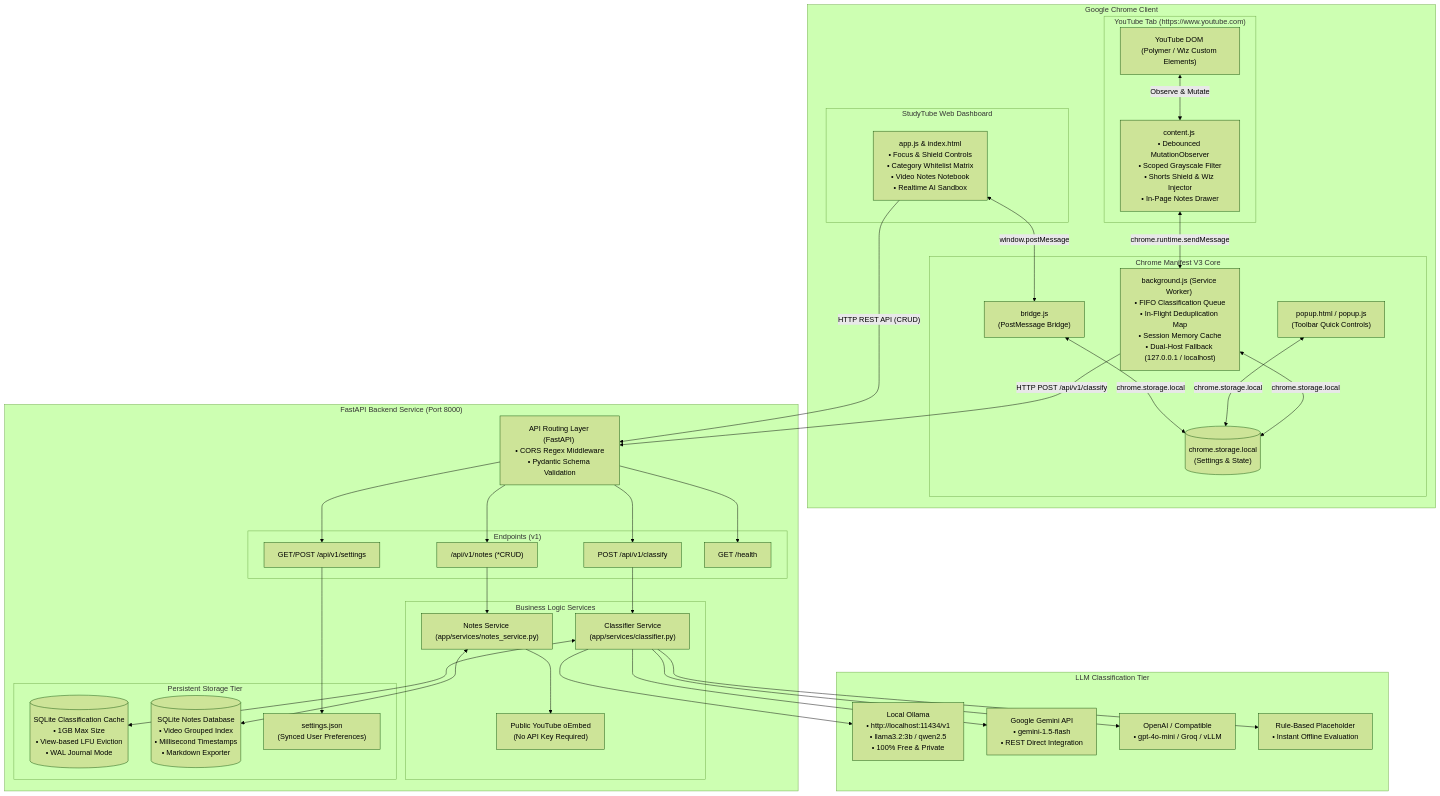
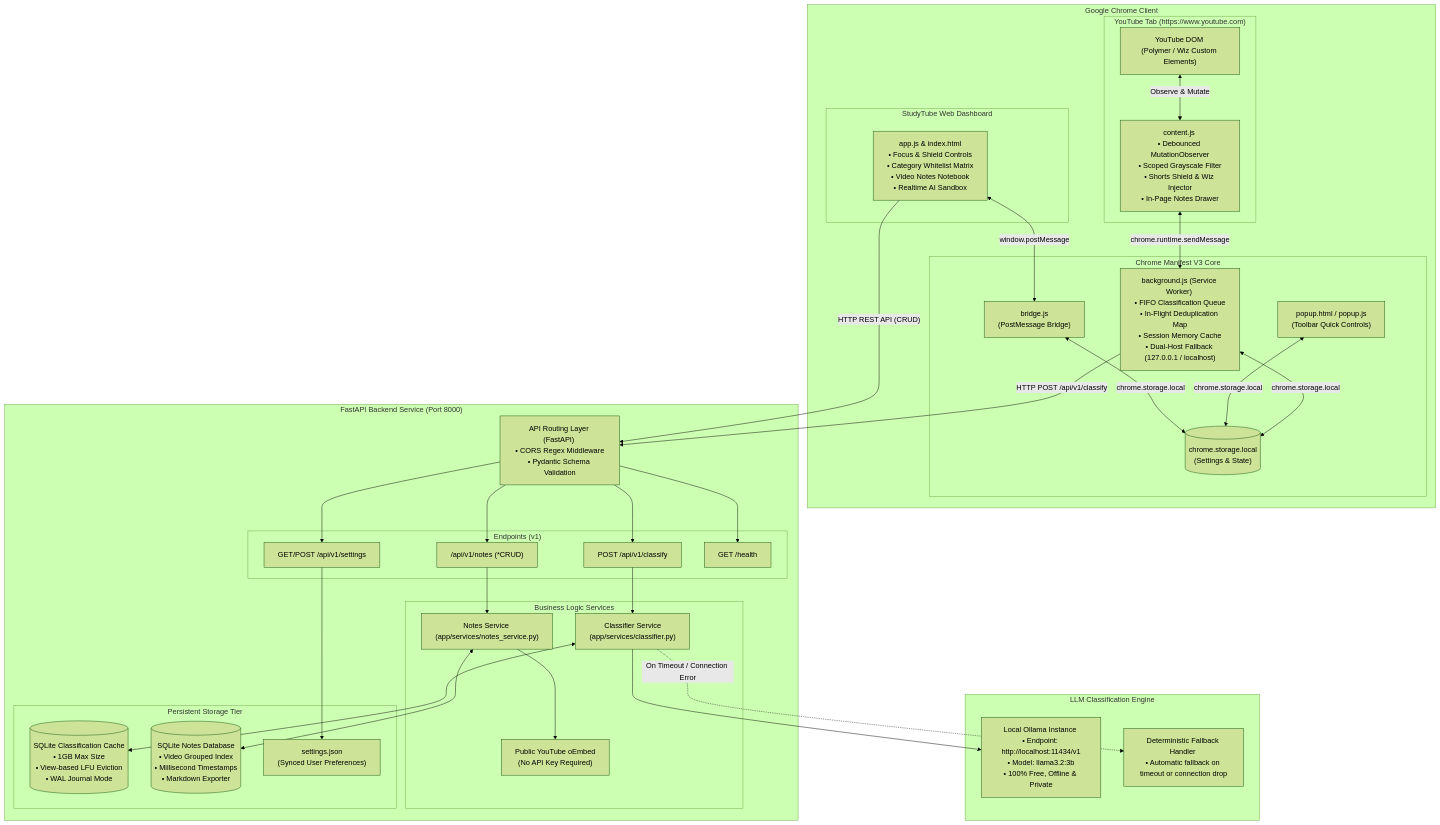
Before and after one commit to Shashwat-Upadhyay/studytube: the first of 5 diagrams in ARCHITECTURE.md, drawn with Mermaid (forest theme). The commit also changed other lines of this file and 1 other file, not shown here.

Commit message:
docs(architecture): document only implemented components and active local Ollama pipeline

````diff
--- a/ARCHITECTURE.md
+++ b/ARCHITECTURE.md
@@ -42,73 +43,69 @@
 ```mermaid
 flowchart TB
     subgraph Browser [" Google Chrome Client "]
         subgraph YT [" YouTube Tab (https://www.youtube.com) "]
             DOM[" YouTube DOM <br/>(Polymer / Wiz Custom Elements) "]
             CS[" content.js <br/>• Debounced MutationObserver<br/>• Scoped Grayscale Filter<br/>• Shorts Shield & Wiz Injector<br/>• In-Page Notes Drawer "]
             DOM <-->|Observe & Mutate| CS
         end
 
         subgraph Dashboard [" StudyTube Web Dashboard "]
             UI[" app.js & index.html <br/>• Focus & Shield Controls<br/>• Category Whitelist Matrix<br/>• Video Notes Notebook<br/>• Realtime AI Sandbox "]
         end
 
         subgraph ExtCore [" Chrome Manifest V3 Core "]
             BR[" bridge.js <br/>(PostMessage Bridge) "]
             SW[" background.js (Service Worker) <br/>• FIFO Classification Queue<br/>• In-Flight Deduplication Map<br/>• Session Memory Cache<br/>• Dual-Host Fallback (127.0.0.1 / localhost) "]
             POP[" popup.html / popup.js <br/>(Toolbar Quick Controls) "]
             STORE[(" chrome.storage.local <br/>(Settings & State) ")]
 
             CS <-->|"chrome.runtime.sendMessage"| SW
             UI <-->|"window.postMessage"| BR
             BR <-->|"chrome.storage.local"| STORE
             POP <-->|"chrome.storage.local"| STORE
             SW <-->|"chrome.storage.local"| STORE
         end
     end
 
     subgraph Backend [" FastAPI Backend Service (Port 8000) "]
         API[" API Routing Layer (FastAPI) <br/>• CORS Regex Middleware<br/>• Pydantic Schema Validation "]
         
         subgraph Endpoints [" Endpoints (v1) "]
             EP_C[" POST /api/v1/classify "]
             EP_N[" /api/v1/notes (*CRUD) "]
             EP_S[" GET/POST /api/v1/settings "]
             EP_H[" GET /health "]
         end
 
         subgraph Services [" Business Logic Services "]
             CLASS_SVC[" Classifier Service <br/>(app/services/classifier.py) "]
             NOTE_SVC[" Notes Service <br/>(app/services/notes_service.py) "]
             OEMBED[" Public YouTube oEmbed <br/>(No API Key Required) "]
         end
 
         subgraph StorageTier [" Persistent Storage Tier "]
             SQLITE_CACHE[(" SQLite Classification Cache <br/>• 1GB Max Size<br/>• View-based LFU Eviction<br/>• WAL Journal Mode ")]
             SQLITE_NOTES[(" SQLite Notes Database <br/>• Video Grouped Index<br/>• Millisecond Timestamps<br/>• Markdown Exporter ")]
             SETTINGS_FILE[" settings.json <br/>(Synced User Preferences) "]
         end
 
         API --> EP_C & EP_N & EP_S & EP_H
         EP_C --> CLASS_SVC
         EP_N --> NOTE_SVC
         EP_S --> SETTINGS_FILE
         NOTE_SVC --> OEMBED
         CLASS_SVC <--> SQLITE_CACHE
         NOTE_SVC <--> SQLITE_NOTES
     end
 
-    subgraph LLM_Tier [" LLM Classification Tier "]
-        OLLAMA[" Local Ollama <br/>• http://localhost:11434/v1<br/>• llama3.2:3b / qwen2.5<br/>• 100% Free & Private "]
-        GEMINI[" Google Gemini API <br/>• gemini-1.5-flash<br/>• REST Direct Integration "]
-        OPENAI[" OpenAI / Compatible <br/>• gpt-4o-mini / Groq / vLLM "]
-        MOCK[" Rule-Based Placeholder <br/>• Instant Offline Evaluation "]
+    subgraph LLM_Tier [" LLM Classification Engine "]
+        OLLAMA[" Local Ollama Instance <br/>• Endpoint: http://localhost:11434/v1<br/>• Model: llama3.2:3b<br/>• 100% Free, Offline & Private "]
+        FALLBACK[" Deterministic Fallback Handler <br/>• Automatic fallback on timeout or connection drop "]
 
         CLASS_SVC --> OLLAMA
-        CLASS_SVC --> GEMINI
-        CLASS_SVC --> OPENAI
-        CLASS_SVC --> MOCK
+        CLASS_SVC -.->|On Timeout / Connection Error| FALLBACK
     end
 
     SW -->|"HTTP POST /api/v1/classify"| API
     UI -->|"HTTP REST API (CRUD)"| API
 ```
````
